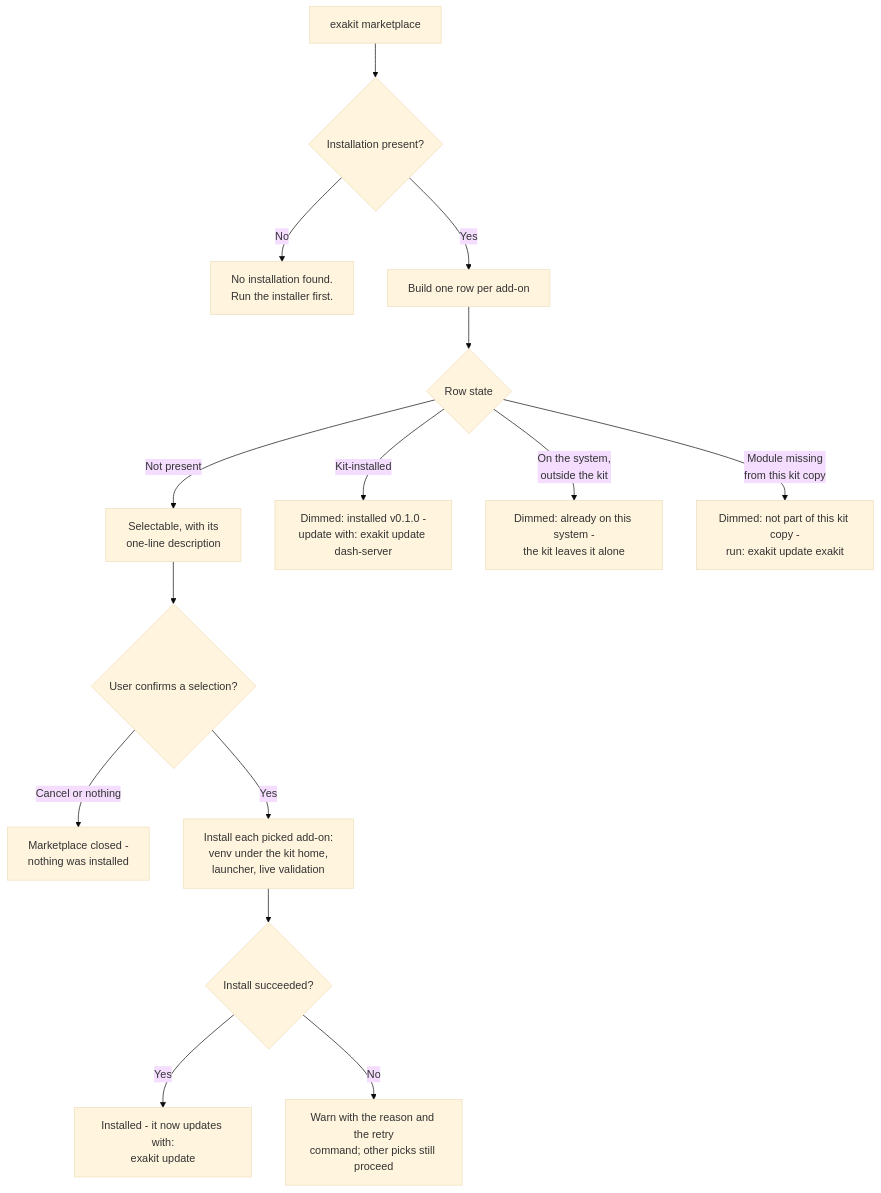
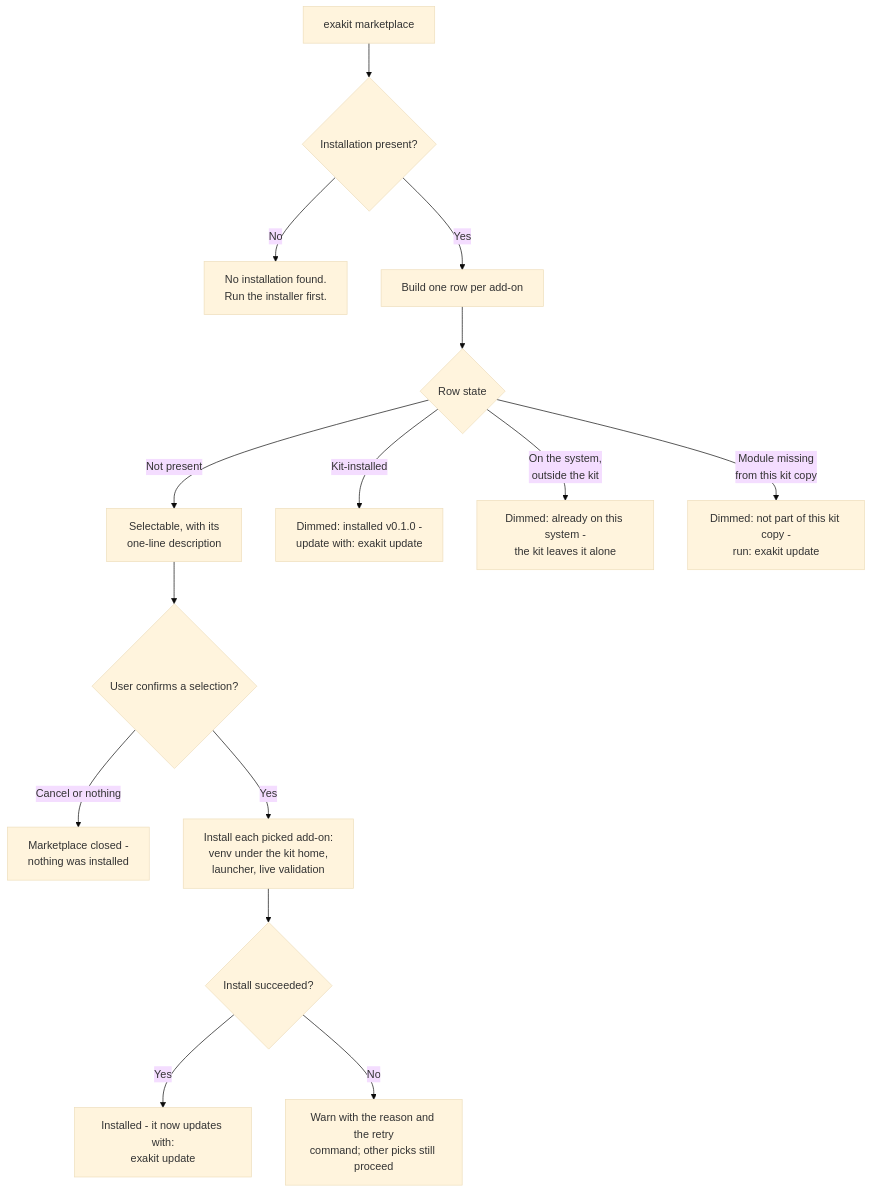
One commit to Sheetaldharshan200/update-path changed the fourth of 7 diagrams in MARKETPLACE-FLOWS.md. Above: the diagram before and after it, drawn with Mermaid (base theme). The commit also changed other lines of this file and 48 other files, not shown here.

````diff
--- a/MARKETPLACE-FLOWS.md
+++ b/MARKETPLACE-FLOWS.md
@@ -160,19 +160,19 @@
 ```mermaid
 flowchart TD
     A[exakit marketplace] --> B{Installation present?}
     B -->|No| C[No installation found.<br>Run the installer first.]
     B -->|Yes| D[Build one row per add-on]
     D --> E{Row state}
     E -->|Not present| F[Selectable, with its<br>one-line description]
-    E -->|Kit-installed| G[Dimmed: installed v0.1.0 -<br>update with: exakit update dash-server]
+    E -->|Kit-installed| G[Dimmed: installed v0.1.0 -<br>update with: exakit update]
     E -->|On the system,<br>outside the kit| H[Dimmed: already on this system -<br>the kit leaves it alone]
-    E -->|Module missing<br>from this kit copy| I[Dimmed: not part of this kit copy -<br>run: exakit update exakit]
+    E -->|Module missing<br>from this kit copy| I[Dimmed: not part of this kit copy -<br>run: exakit update]
     F --> J{User confirms a selection?}
     J -->|Cancel or nothing| K[Marketplace closed -<br>nothing was installed]
     J -->|Yes| L[Install each picked add-on:<br>venv under the kit home,<br>launcher, live validation]
     L --> M{Install succeeded?}
     M -->|Yes| N[Installed - it now updates with:<br>exakit update]
     M -->|No| O[Warn with the reason and the retry<br>command; other picks still proceed]
 
     click N "#scenario-4-keeping-an-add-on-up-to-date"
 ```
````
